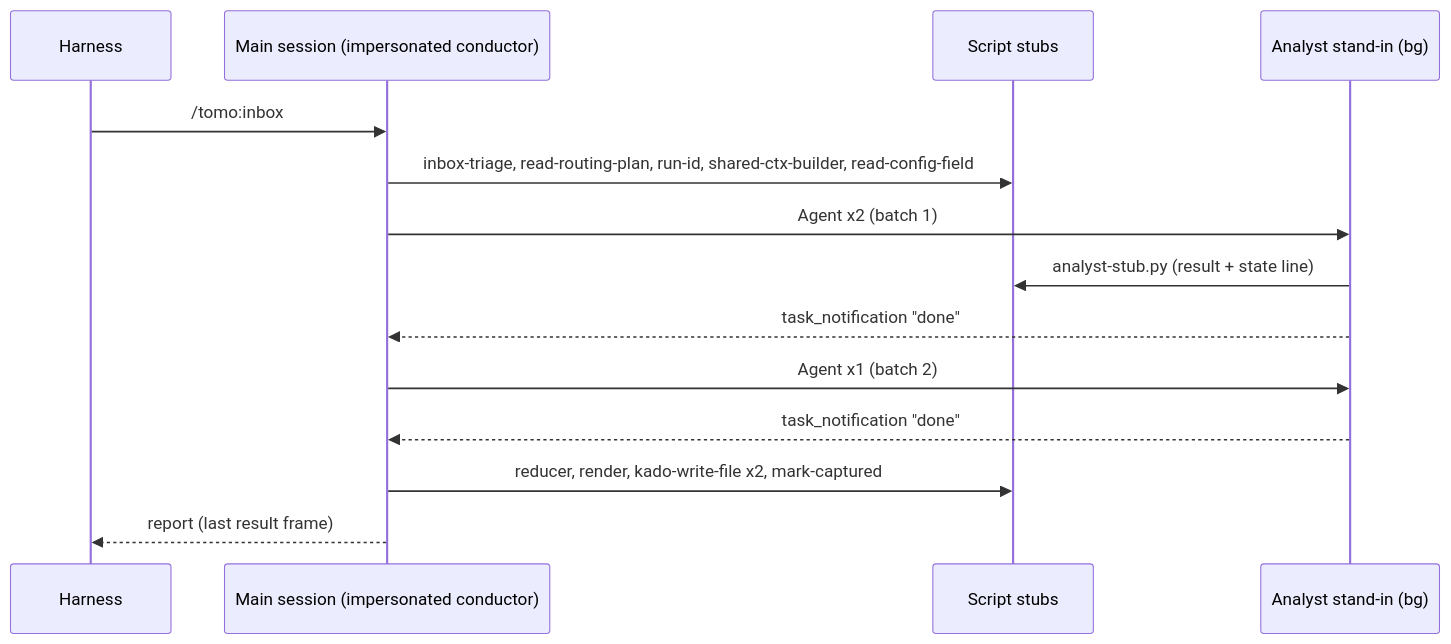
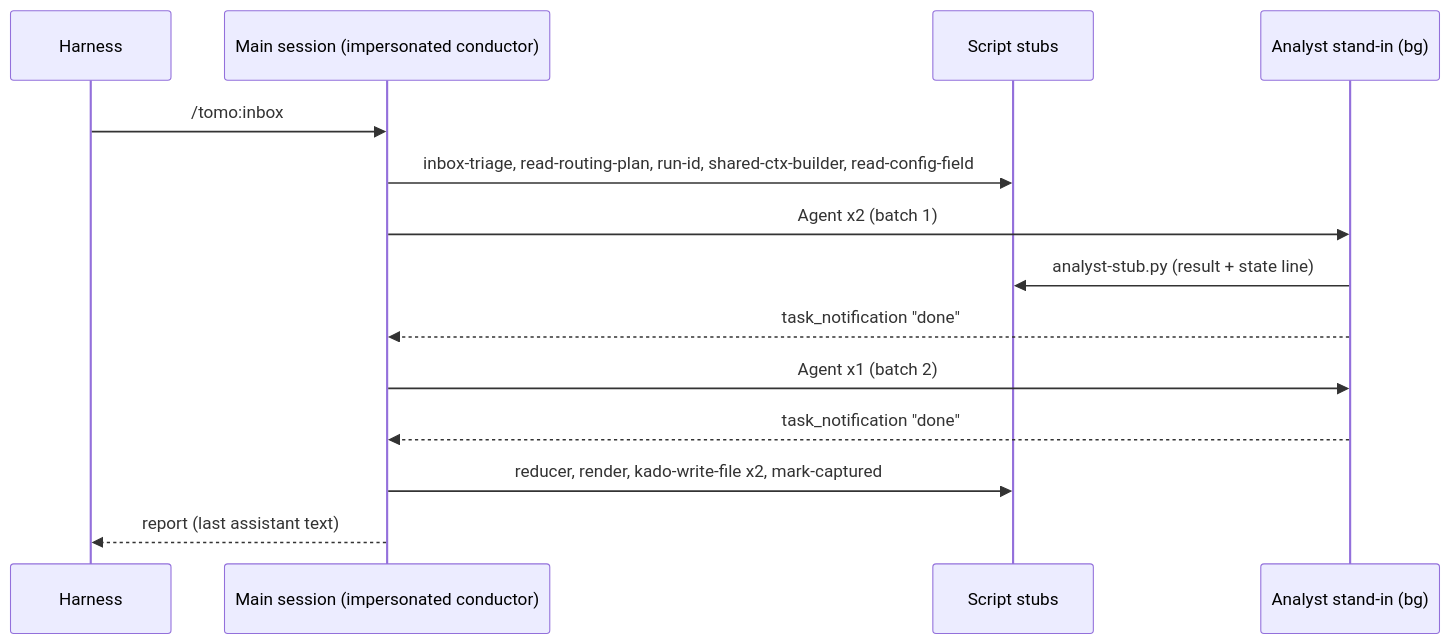
The third of 3 diagrams in docs/XDD/specs/043-pass1-conductor-eval-gate/solution.md (MMoMM-org/miyo-tomo), drawn with Mermaid before and after one commit. The commit also changed other lines of this file and 5 other files, not shown here.

````diff
--- a/docs/XDD/specs/043-pass1-conductor-eval-gate/solution.md
+++ b/docs/XDD/specs/043-pass1-conductor-eval-gate/solution.md
@@ -403,16 +403,16 @@
 ```mermaid
 sequenceDiagram
     participant H as Harness
     participant M as Main session (impersonated conductor)
     participant S as Script stubs
     participant A as Analyst stand-in (bg)
     H->>M: /tomo:inbox
     M->>S: inbox-triage, read-routing-plan, run-id, shared-ctx-builder, read-config-field
     M->>A: Agent x2 (batch 1)
     A->>S: analyst-stub.py (result + state line)
     A-->>M: task_notification "done"
     M->>A: Agent x1 (batch 2)
     A-->>M: task_notification "done"
     M->>S: reducer, render, kado-write-file x2, mark-captured
-    M-->>H: report (last result frame)
+    M-->>H: report (last assistant text)
 ```
````
